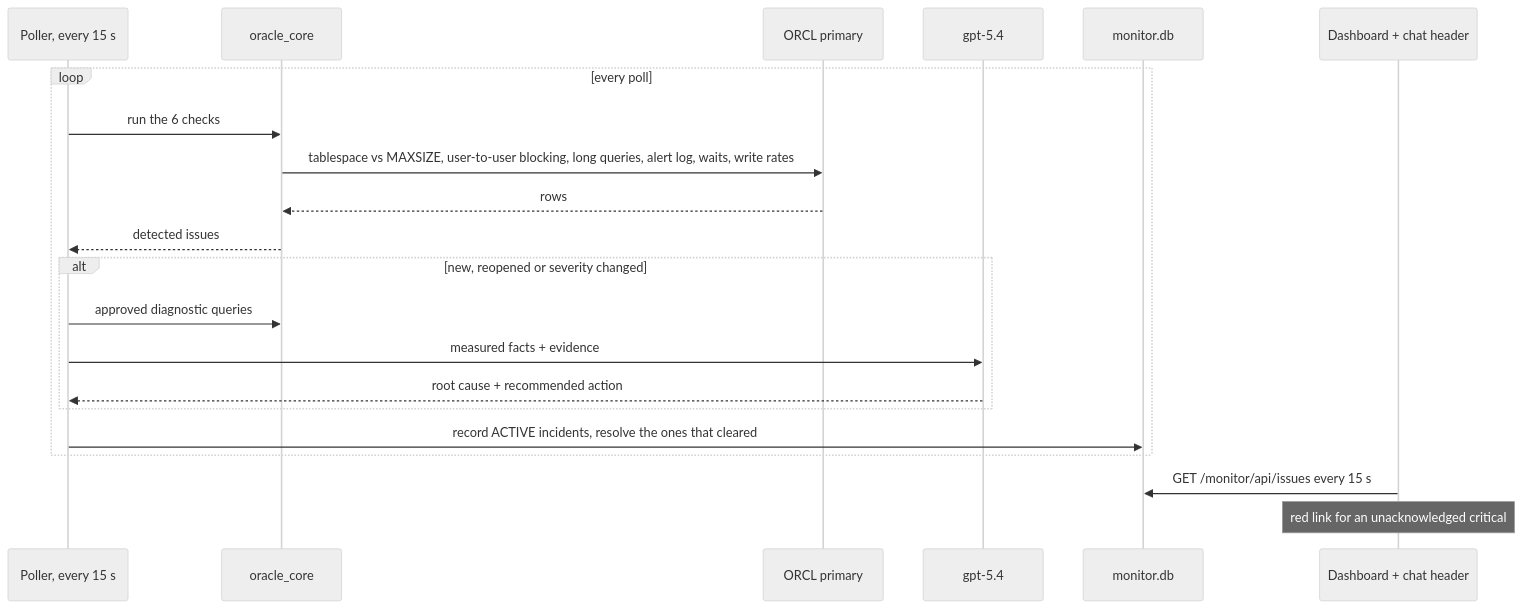
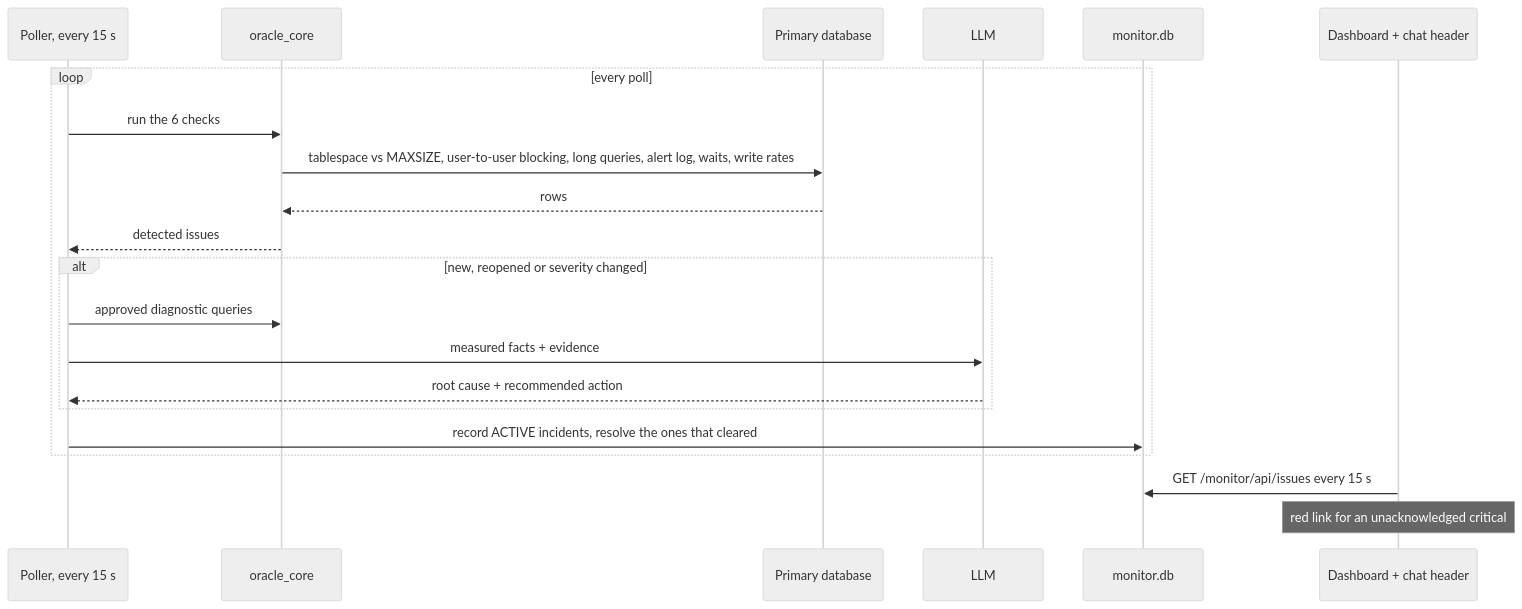
One commit to roopla/oracle-dba-pydanticai-simple changed the third of 3 diagrams in ARCHITECTURE.md. Above: the diagram before and after it, drawn with Mermaid (neutral theme). The commit also changed other lines of this file, not shown here.

First line of the commit message:
Make ARCHITECTURE.md environment-neutral

````diff
--- a/ARCHITECTURE.md
+++ b/ARCHITECTURE.md
@@ -125,24 +125,24 @@
 ```mermaid
 sequenceDiagram
     participant P as Poller, every 15 s
     participant O as oracle_core
-    participant DB as ORCL primary
-    participant L as gpt-5.4
+    participant DB as Primary database
+    participant L as LLM
     participant S as monitor.db
     participant V as Dashboard + chat header
 
     loop every poll
         P->>O: run the 6 checks
         O->>DB: tablespace vs MAXSIZE, user-to-user blocking, long queries, alert log, waits, write rates
         DB-->>O: rows
     O-->>P: detected issues
         alt new, reopened or severity changed
             P->>O: approved diagnostic queries
             P->>L: measured facts + evidence
             L-->>P: root cause + recommended action
         end
         P->>S: record ACTIVE incidents, resolve the ones that cleared
     end
     V->>S: GET /monitor/api/issues every 15 s
     Note over V: red link for an unacknowledged critical
 ```
````
